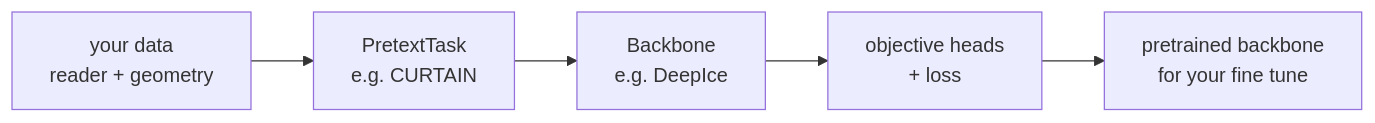
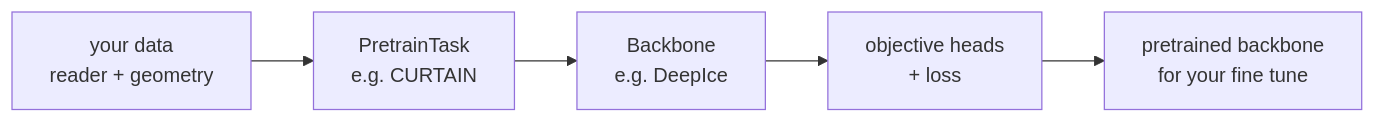
Before and after one commit to sevmag/SPINE: the diagram in README.md, drawn with Mermaid. The commit also changed other lines of this file and 24 other files, not shown here.

First line of the commit message:
Rename pretext to pretrain (#14)

````diff
--- a/README.md
+++ b/README.md
@@ -12,7 +12,7 @@
 ```mermaid
 flowchart LR
-    D["your data<br/>reader + geometry"] --> T["PretextTask<br/>e.g. CURTAIN"]
+    D["your data<br/>reader + geometry"] --> T["PretrainTask<br/>e.g. CURTAIN"]
     T --> B["Backbone<br/>e.g. DeepIce"]
     B --> H["objective heads<br/>+ loss"]
     H --> X["pretrained backbone<br/>for your fine tune"]
 ```
````
